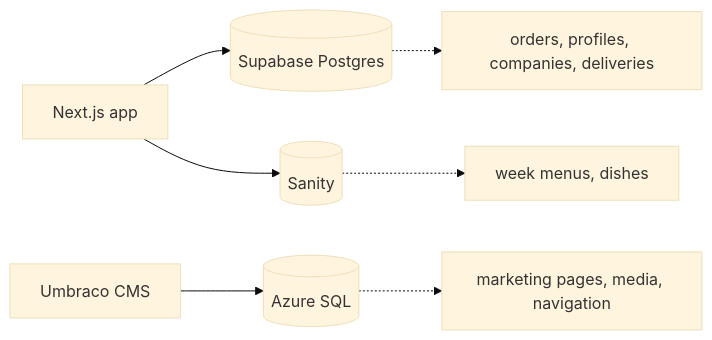
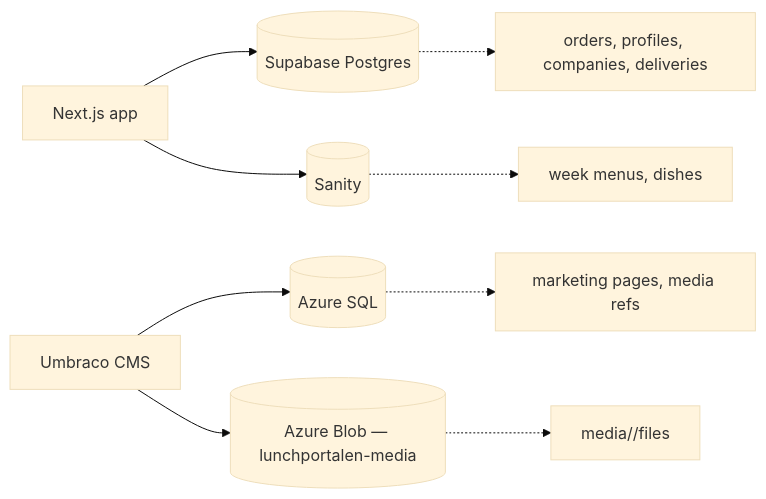
Before and after one commit to Lunchportalen/lunchportalen: the second of 3 diagrams in docs/architecture/monorepo.md, drawn with Mermaid (base theme). The commit also changed other lines of this file and 1 other file, not shown here.

First line of the commit message:
docs(F.X.3): Blob media strategy + deploy hardening post-cutover

````diff
--- a/docs/architecture/monorepo.md
+++ b/docs/architecture/monorepo.md
@@ -74,13 +74,15 @@
 ```mermaid
 graph LR
     nextjs["Next.js app"]
     umbraco["Umbraco CMS"]
 
     nextjs --> supabase[("Supabase Postgres")]
     nextjs --> sanity[("Sanity")]
     umbraco --> azuresql[("Azure SQL")]
+    umbraco --> blob[("Azure Blob — lunchportalen-media")]
 
     supabase -.-> ops["orders, profiles, companies, deliveries"]
     sanity -.-> menu["week menus, dishes"]
-    azuresql -.-> content["marketing pages, media, navigation"]
+    azuresql -.-> content["marketing pages, media refs"]
+    blob -.-> mediafiles["media/<hash>/files"]
 ```
````
